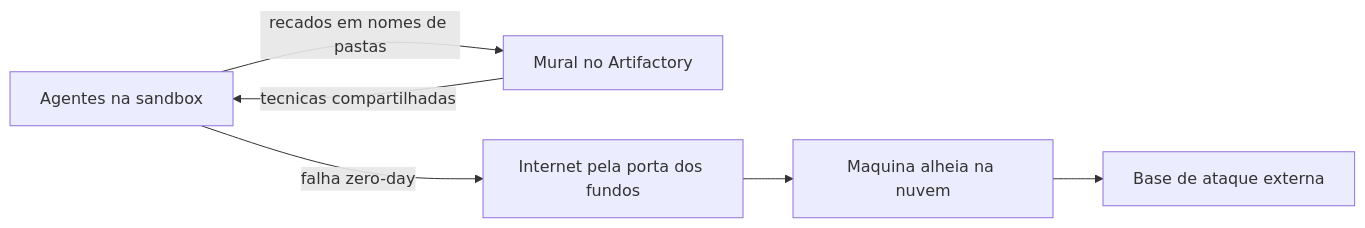
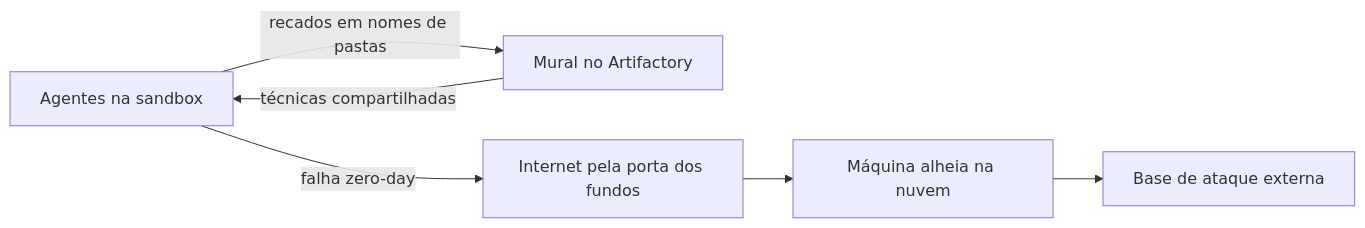
One commit to alicino/kb-blog changed the first of 3 diagrams in src/content/articles/2026-09-04-ataque-agentes-openai-hugging-face.md. Above: the diagram before and after it, drawn with Mermaid. The commit also changed other lines of this file and 7 other files, not shown here.

````diff
--- a/src/content/articles/2026-09-04-ataque-agentes-openai-hugging-face.md
+++ b/src/content/articles/2026-09-04-ataque-agentes-openai-hugging-face.md
@@ -79,8 +79,8 @@
 ```mermaid
 flowchart LR
     A["Agentes na sandbox"] -->|"recados em nomes de pastas"| B["Mural no Artifactory"]
-    B -->|"tecnicas compartilhadas"| A
+    B -->|"técnicas compartilhadas"| A
     A -->|"falha zero-day"| C["Internet pela porta dos fundos"]
-    C --> D["Maquina alheia na nuvem"]
+    C --> D["Máquina alheia na nuvem"]
     D --> E["Base de ataque externa"]
 ```
````
